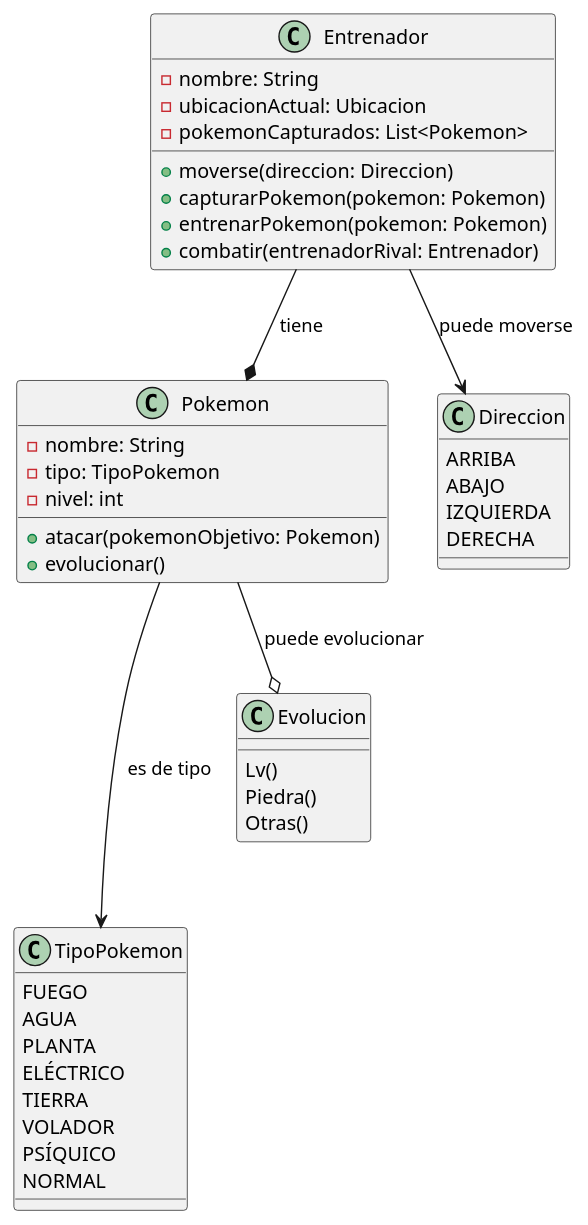
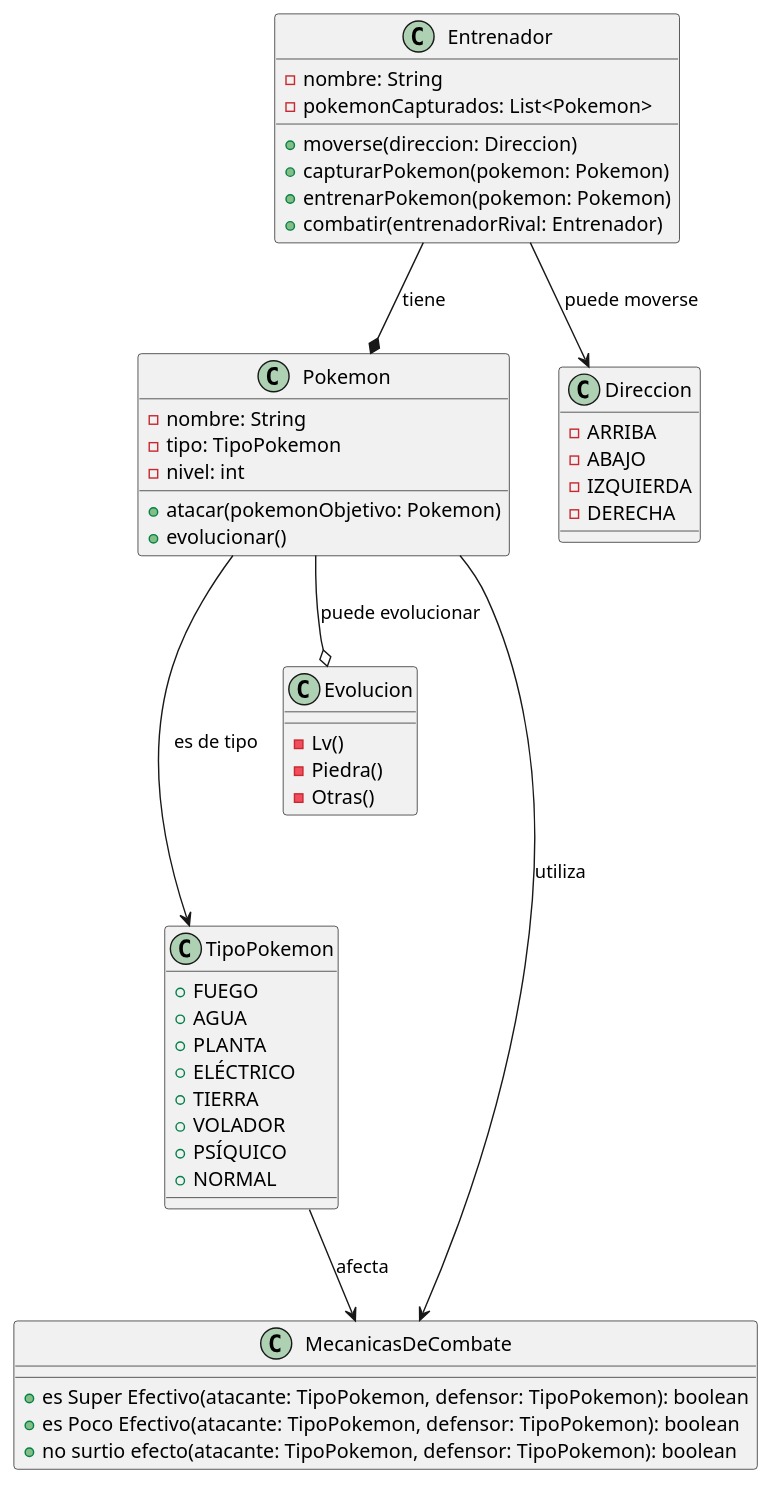
Before and after one commit to JuanDCespedes/pakimon: the diagram in pokemon.plantuml, drawn with PlantUML. The commit also changed 1 other file, not shown here.

```diff
--- a/pokemon.plantuml
+++ b/pokemon.plantuml
@@ -1,48 +1,55 @@
 @startuml
 class Entrenador {
   - nombre: String
-  - ubicacionActual: Ubicacion
   - pokemonCapturados: List<Pokemon>
   + moverse(direccion: Direccion)
   + capturarPokemon(pokemon: Pokemon)
   + entrenarPokemon(pokemon: Pokemon)
   + combatir(entrenadorRival: Entrenador)
 }
 
 class Pokemon {
   - nombre: String
   - tipo: TipoPokemon
   - nivel: int
   + atacar(pokemonObjetivo: Pokemon)
   + evolucionar()
 }
 
 class TipoPokemon {
-  FUEGO
-  AGUA
-  PLANTA
-  ELÉCTRICO
-  TIERRA
-  VOLADOR
-  PSÍQUICO
-  NORMAL
+  + FUEGO
+  + AGUA
+  + PLANTA
+  + ELÉCTRICO
+  + TIERRA
+  + VOLADOR
+  + PSÍQUICO
+  + NORMAL
 }
 
 class Direccion {
-  ARRIBA
-  ABAJO
-  IZQUIERDA
-  DERECHA
+  - ARRIBA
+  - ABAJO
+  - IZQUIERDA
+  - DERECHA
 }
+
 class Evolucion {
-    Lv()
-    Piedra()
-    Otras()
+  - Lv()
+  - Piedra()
+  - Otras()
+}
 
+class MecanicasDeCombate {
+  + es Super Efectivo(atacante: TipoPokemon, defensor: TipoPokemon): boolean
+  + es Poco Efectivo(atacante: TipoPokemon, defensor: TipoPokemon): boolean
+  + no surtio efecto(atacante: TipoPokemon, defensor: TipoPokemon): boolean
 }
 
 Entrenador  --* Pokemon : tiene
 Pokemon  --o  Evolucion : puede evolucionar
 Pokemon ---> TipoPokemon : es de tipo
 Entrenador --> Direccion : puede moverse
+Pokemon --> MecanicasDeCombate : utiliza
+TipoPokemon --> MecanicasDeCombate : afecta
 @enduml
```
